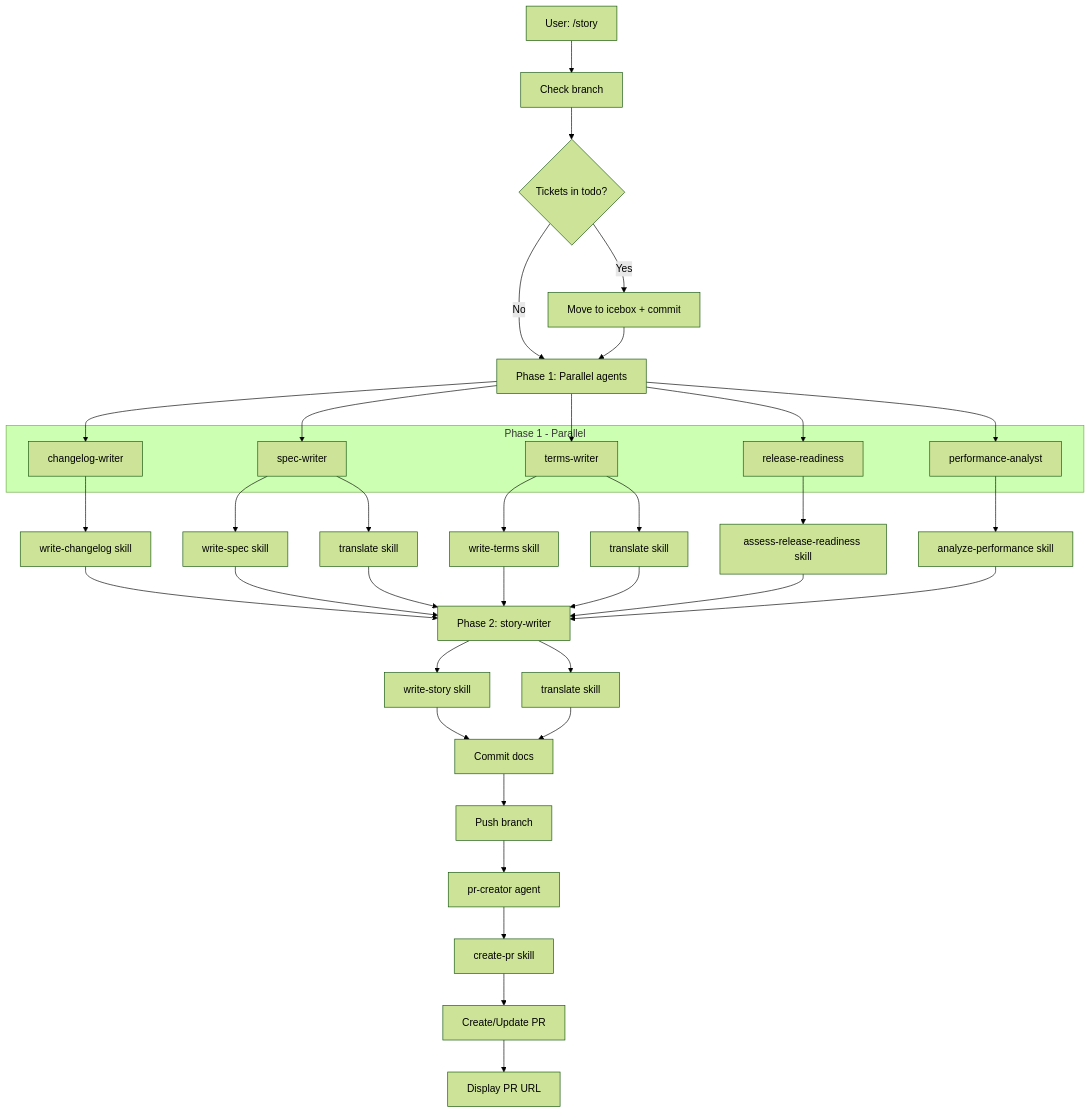
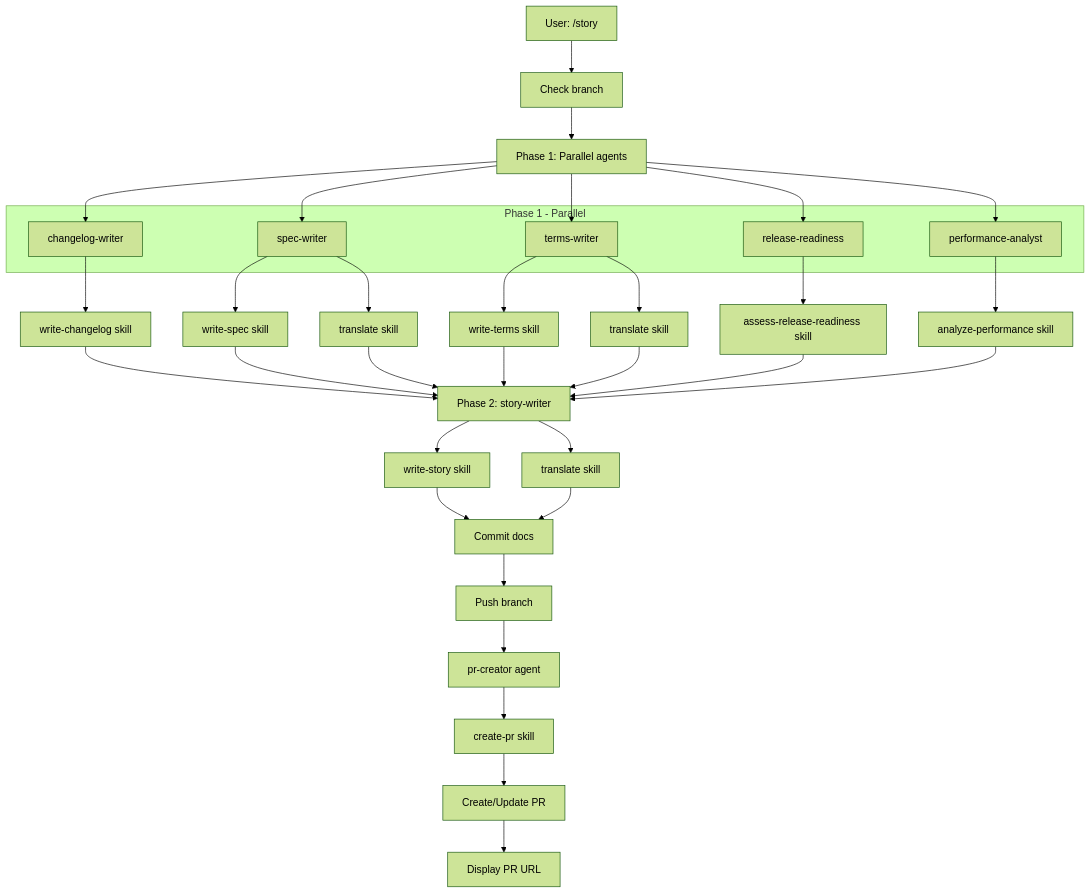
One commit to qmu/workaholic changed the third of 3 diagrams in .workaholic/specs/command-flows.md. Above: the diagram before and after it, drawn with Mermaid (forest theme). The commit also changed other lines of this file and 24 other files, not shown here.

````diff
--- a/.workaholic/specs/command-flows.md
+++ b/.workaholic/specs/command-flows.md
@@ -115,38 +115,35 @@
 ```mermaid
 flowchart TD
     A[User: /story] --> B[Check branch]
-    B --> C{Tickets in todo?}
-    C -->|Yes| D[Move to icebox + commit]
-    C -->|No| E[Phase 1: Parallel agents]
-    D --> E
+    B --> E[Phase 1: Parallel agents]
 
     subgraph Phase1[Phase 1 - Parallel]
         F[changelog-writer]
         G[spec-writer]
         H[terms-writer]
         I[release-readiness]
         PA[performance-analyst]
     end
 
     E --> F & G & H & I & PA
 
     F --> F1[write-changelog skill]
     G --> G1[write-spec skill]
     G --> G2[translate skill]
     H --> H1[write-terms skill]
     H --> H2[translate skill]
     I --> I1[assess-release-readiness skill]
     PA --> PA1[analyze-performance skill]
 
     F1 & G1 & G2 & H1 & H2 & I1 & PA1 --> J[Phase 2: story-writer]
 
     J --> J1[write-story skill]
     J --> J2[translate skill]
 
     J1 & J2 --> K[Commit docs]
     K --> L[Push branch]
     L --> M[pr-creator agent]
     M --> M1[create-pr skill]
     M1 --> N[Create/Update PR]
     N --> O[Display PR URL]
 ```
````
